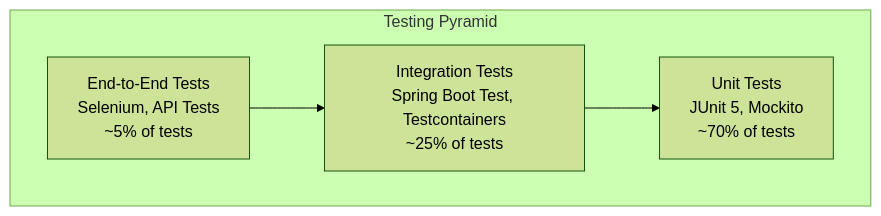
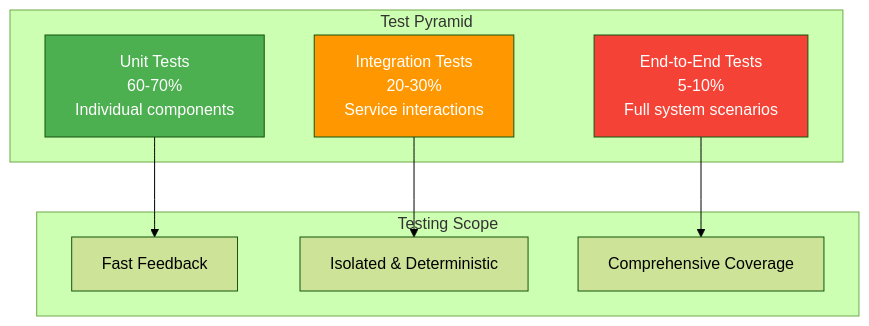
The first of 2 diagrams in docs/development/testing/overview.md (flamingo-stack/openframe-oss-lib), drawn with Mermaid (forest theme) before and after one commit. The commit also changed other lines of this file and 12 other files, not shown here.

````diff
--- a/docs/development/testing/overview.md
+++ b/docs/development/testing/overview.md
@@ -11,11 +11,22 @@
 ```mermaid
-graph TB
-    subgraph "Testing Pyramid"
-        E2E[End-to-End Tests<br/>Selenium, API Tests<br/>~5% of tests]
-        INTEGRATION[Integration Tests<br/>Spring Boot Test, Testcontainers<br/>~25% of tests]
-        UNIT[Unit Tests<br/>JUnit 5, Mockito<br/>~70% of tests]
+graph TD
+    subgraph "Test Pyramid"
+        E2E[End-to-End Tests<br/>5-10%<br/>Full system scenarios]
+        INTEGRATION[Integration Tests<br/>20-30%<br/>Service interactions]
+        UNIT[Unit Tests<br/>60-70%<br/>Individual components]
     end
     
-    E2E --> INTEGRATION
-    INTEGRATION --> UNIT
+    subgraph "Testing Scope"
+        FAST[Fast Feedback]
+        ISOLATED[Isolated & Deterministic]
+        COMPREHENSIVE[Comprehensive Coverage]
+    end
+    
+    UNIT --> FAST
+    INTEGRATION --> ISOLATED
+    E2E --> COMPREHENSIVE
+    
+    style UNIT fill:#4caf50,color:#fff
+    style INTEGRATION fill:#ff9800,color:#fff
+    style E2E fill:#f44336,color:#fff
 ```
````
